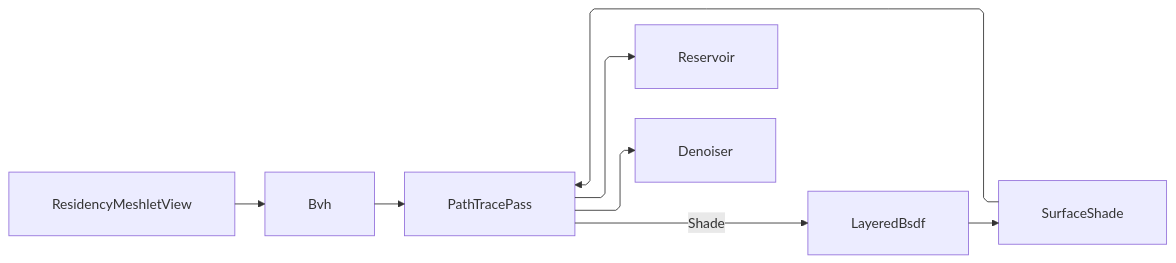
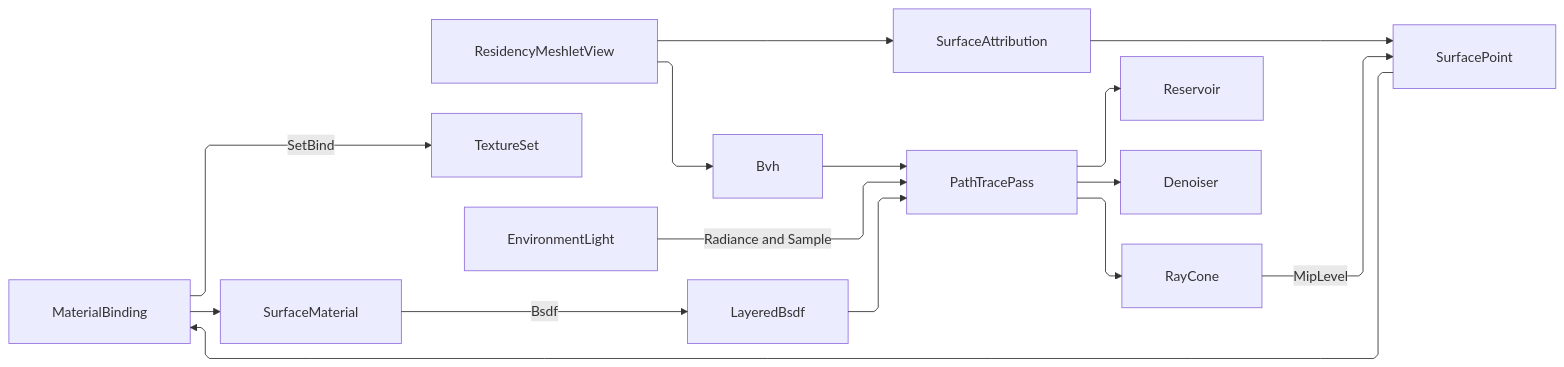
The diagram in libs/csharp/Rasm.AppUi/.planning/Render/pathtrace.md (bsamiee/Rasm), drawn with Mermaid before and after one commit. The commit also changed other lines of this file and 65 other files, not shown here.

Commit message:
Land the C# Materials texture wave across all seven territories

````diff
--- a/libs/csharp/Rasm.AppUi/.planning/Render/pathtrace.md
+++ b/libs/csharp/Rasm.AppUi/.planning/Render/pathtrace.md
@@ -664,19 +917,26 @@
 ```mermaid
 ---
 config:
   layout: elk
   flowchart:
     curve: linear
     padding: 25
 ---
 flowchart LR
-    accTitle: Path tracing material flow
-    accDescr: Meshlet bounds build the BVH, and the path tracer consumes layered BSDF shading into progressive evidence.
+    accTitle: Path tracing material and environment flow
+    accDescr: Meshlet bounds build the BVH, attribution and the ray cone key one Materials query, and the dome answers by direction.
     ResidencyMeshletView --> Bvh
+    ResidencyMeshletView --> SurfaceAttribution
     Bvh --> PathTracePass
     PathTracePass --> Reservoir
     PathTracePass --> Denoiser
-    PathTracePass -->|Shade| LayeredBsdf
-    LayeredBsdf --> SurfaceShade
-    SurfaceShade --> PathTracePass
+    PathTracePass --> RayCone
+    SurfaceAttribution --> SurfacePoint
+    RayCone -->|MipLevel| SurfacePoint
+    SurfacePoint --> MaterialBinding
+    MaterialBinding -->|SetBind| TextureSet
+    MaterialBinding --> SurfaceMaterial
+    SurfaceMaterial -->|Bsdf| LayeredBsdf
+    LayeredBsdf --> PathTracePass
+    EnvironmentLight -->|Radiance and Sample| PathTracePass
 ```
````
